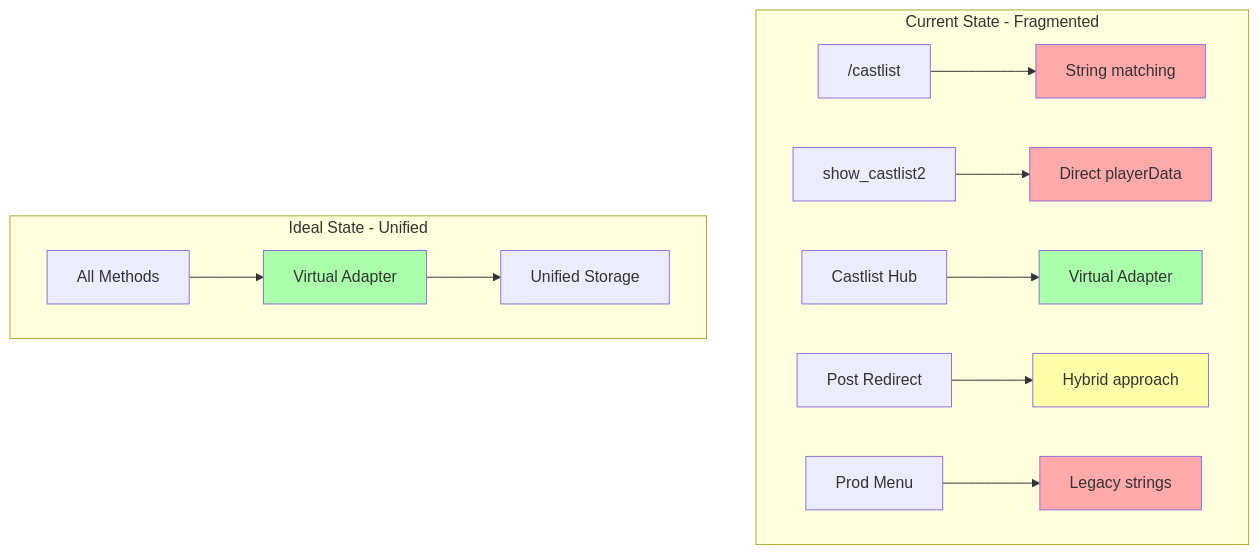
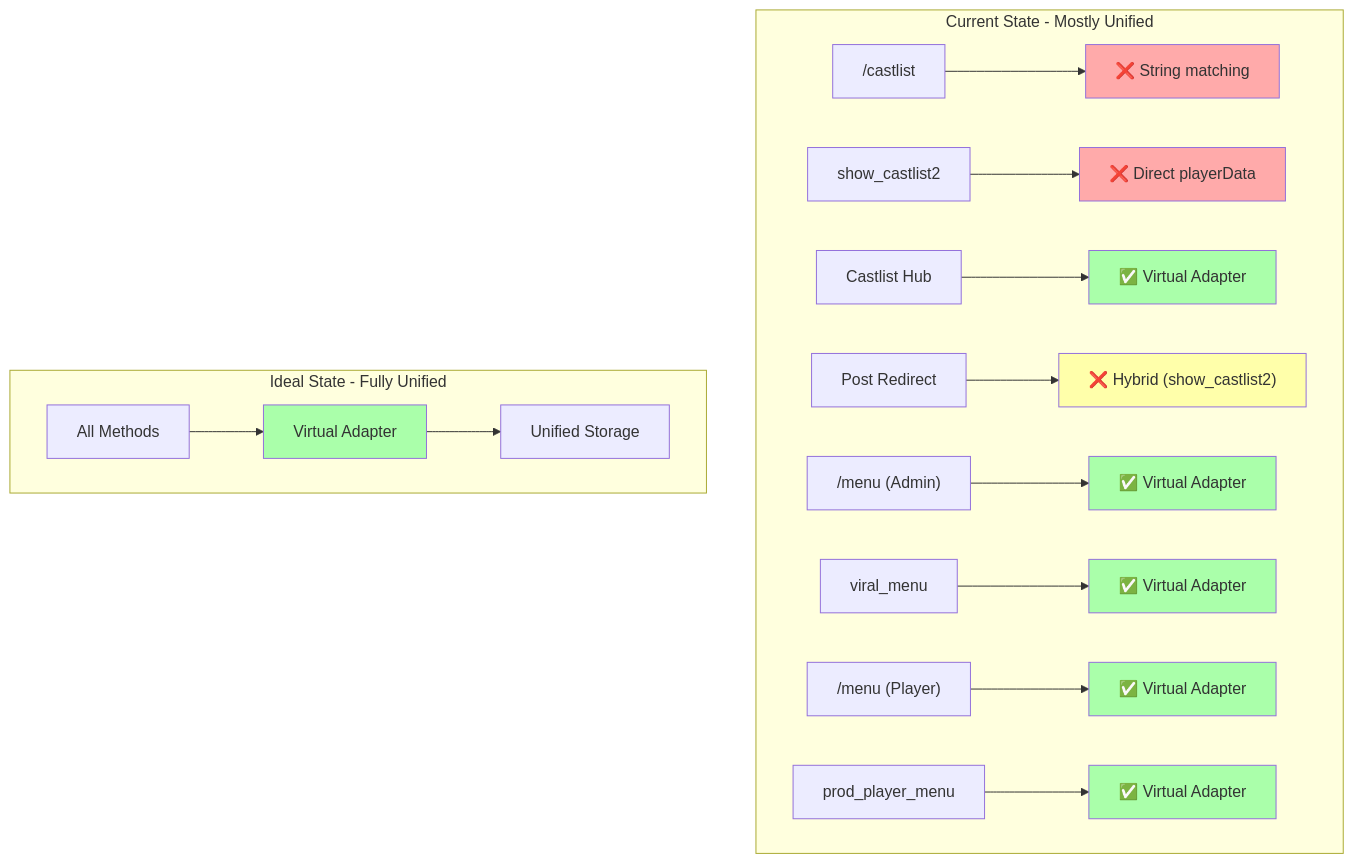
One commit to extremedonkey/castbot changed diagram 11 of 13 in docs/architecture/CastlistArchitecture.md. Above: the diagram before and after it, drawn with Mermaid. The commit also changed other lines of this file and 6 other files, not shown here.

Commit message:
Add debug logging to trace Player Menu castlist button regression

````diff
--- a/docs/architecture/CastlistArchitecture.md
+++ b/docs/architecture/CastlistArchitecture.md
@@ -352,22 +486,28 @@
 ```mermaid
 graph TD
-    subgraph "Current State - Fragmented"
-        M1["/castlist"] --> S1["String matching"]
-        M2["show_castlist2"] --> S2["Direct playerData"]
-        M3["Castlist Hub"] --> S3["Virtual Adapter"]
-        M4["Post Redirect"] --> S4["Hybrid approach"]
-        M5["Prod Menu"] --> S5["Legacy strings"]
+    subgraph "Current State - Mostly Unified"
+        M1["/castlist"] --> S1["❌ String matching"]
+        M2["show_castlist2"] --> S2["❌ Direct playerData"]
+        M3["Castlist Hub"] --> S3["✅ Virtual Adapter"]
+        M4["Post Redirect"] --> S4["❌ Hybrid (show_castlist2)"]
+        M5["/menu (Admin)"] --> S5["✅ Virtual Adapter"]
+        M6["viral_menu"] --> S6["✅ Virtual Adapter"]
+        M7["/menu (Player)"] --> S7["✅ Virtual Adapter"]
+        M8["prod_player_menu"] --> S8["✅ Virtual Adapter"]
     end
 
-    subgraph "Ideal State - Unified"
+    subgraph "Ideal State - Fully Unified"
         A1["All Methods"] --> VA2["Virtual Adapter"]
         VA2 --> US["Unified Storage"]
     end
 
     style S1 fill:#faa
     style S2 fill:#faa
     style S4 fill:#ffa
-    style S5 fill:#faa
     style S3 fill:#afa
+    style S5 fill:#afa
+    style S6 fill:#afa
+    style S7 fill:#afa
+    style S8 fill:#afa
     style VA2 fill:#afa
 ```
````
